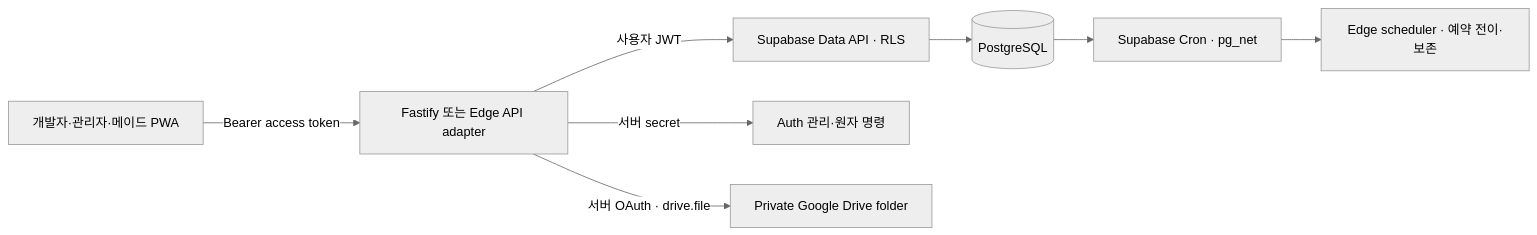
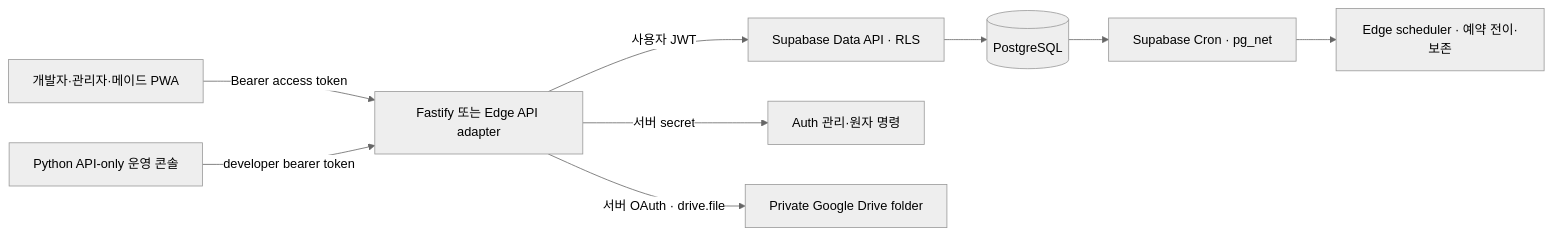
One commit to wrongstory/room-management-system-backend changed the first of 2 diagrams in docs/ARCHITECTURE.md. Above: the diagram before and after it, drawn with Mermaid (neutral theme). The commit also changed other lines of this file and 18 other files, not shown here.

````diff
--- a/docs/ARCHITECTURE.md
+++ b/docs/ARCHITECTURE.md
@@ -20,10 +20,11 @@
 ```mermaid
 flowchart LR
   UI[개발자·관리자·메이드 PWA] -->|Bearer access token| API[Fastify 또는 Edge API adapter]
+  OPS[Python API-only 운영 콘솔] -->|developer bearer token| API
   API -->|사용자 JWT| DATA[Supabase Data API · RLS]
   API -->|서버 secret| ADMIN[Auth 관리·원자 명령]
   DATA --> DB[(PostgreSQL)]
   API -->|서버 OAuth · drive.file| DRIVE[Private Google Drive folder]
   DB --> CRON[Supabase Cron · pg_net]
   CRON --> JOBS[Edge scheduler · 예약 전이·보존]
 ```
````
